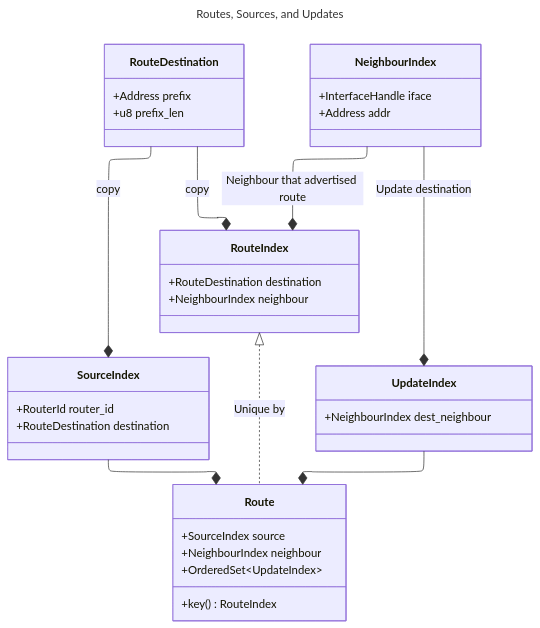
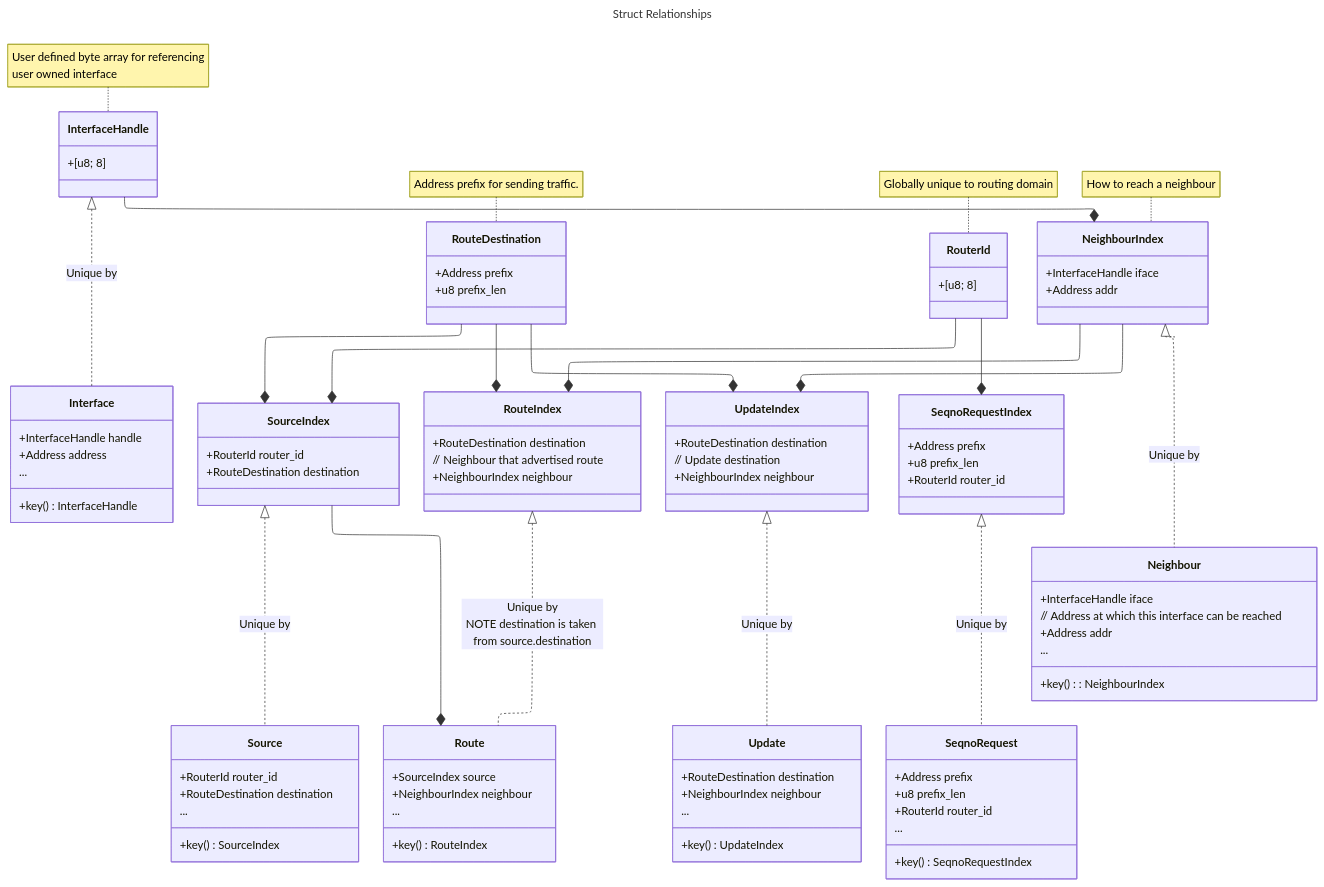
The diagram in babel-proto/docs/routes_sources_updates.mmd (baxterjo/babel-rs), drawn with Mermaid before and after one commit.

Commit message:
feature: Updated class relationship diagram

```diff
--- a/babel-proto/docs/routes_sources_updates.mmd
+++ b/babel-proto/docs/routes_sources_updates.mmd
@@ -1,37 +1,104 @@
 ---
-title: Routes, Sources, and Updates
+title: Struct Relationships
 ---
 %%{init: {"layout": "elk"}}%%
 classDiagram
+note for RouteDestination "Address prefix for sending traffic."
+class RouteDestination {
+  +Address prefix
+  +u8 prefix_len
+}
+
+note for RouterId "Globally unique to routing domain"
+class RouterId {
+  +[u8; 8]
+}
+
+note for InterfaceHandle "User defined byte array for referencing<br>user owned interface"
+class InterfaceHandle {
+  +[u8; 8]
+}
+class Interface {
+  +InterfaceHandle handle
+  +Address address
+  ...
+  +key() InterfaceHandle
+}
+
 class SourceIndex {
   +RouterId router_id
   +RouteDestination destination
 }
-class RouteDestination {
-  +Address prefix
-  +u8 prefix_len
+class Source {
+  +RouterId router_id
+  +RouteDestination destination
+  ...
+  +key() SourceIndex
 }
+
 class RouteIndex {
 +RouteDestination destination
+// Neighbour that advertised route
 +NeighbourIndex neighbour
 }
+class Route {
+  +SourceIndex source
+  +NeighbourIndex neighbour
+  ...
+  +key() RouteIndex
+}
+
+note for NeighbourIndex "How to reach a neighbour"
 class NeighbourIndex {
   +InterfaceHandle iface
   +Address addr
 }
+class Neighbour {
+  +InterfaceHandle iface
+  // Address at which this interface can be reached
+  +Address addr
+  ...
+  +key(): NeighbourIndex
+}
+
 class UpdateIndex {
-  +NeighbourIndex dest_neighbour
+  +RouteDestination destination
+  // Update destination
+  +NeighbourIndex neighbour
 }
-class Route {
-  +SourceIndex source
+class Update {
+  +RouteDestination destination
   +NeighbourIndex neighbour
-  +OrderedSet~UpdateIndex~
-  +key() RouteIndex
+  ...
+  +key() UpdateIndex
 }
-  RouteDestination --* SourceIndex: copy
-  RouteDestination --* RouteIndex: copy
-  NeighbourIndex --* RouteIndex: Neighbour that advertised route
-  NeighbourIndex --* UpdateIndex: Update destination
+
+class SeqnoRequestIndex {
+  +Address prefix
+  +u8 prefix_len
+  +RouterId router_id
+}
+
+class SeqnoRequest {
+  +Address prefix
+  +u8 prefix_len
+  +RouterId router_id
+  ...
+  +key() SeqnoRequestIndex
+}
+
+  RouteDestination --* SourceIndex
+  RouteDestination --* RouteIndex
+  RouteDestination --* UpdateIndex
+  InterfaceHandle --* NeighbourIndex
+  NeighbourIndex --* RouteIndex
+  NeighbourIndex --* UpdateIndex
+  RouterId --* SeqnoRequestIndex
+  RouterId --* SourceIndex
   SourceIndex --* Route
-  RouteIndex <|.. Route: Unique by
-  UpdateIndex --* Route
+  RouteIndex <|.. Route: Unique by<br>NOTE destination is taken from source.destination
+  UpdateIndex <|.. Update: Unique by
+  SourceIndex <|.. Source: Unique by
+  InterfaceHandle <|.. Interface: Unique by
+  NeighbourIndex <|.. Neighbour: Unique by
+  SeqnoRequestIndex <|.. SeqnoRequest: Unique by
```
